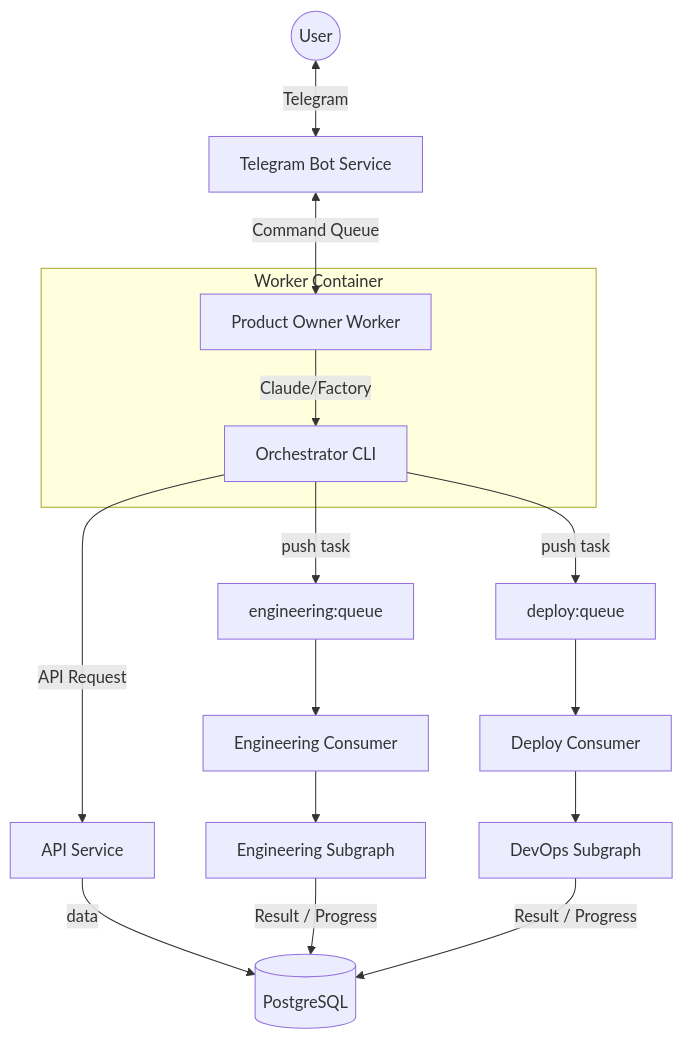
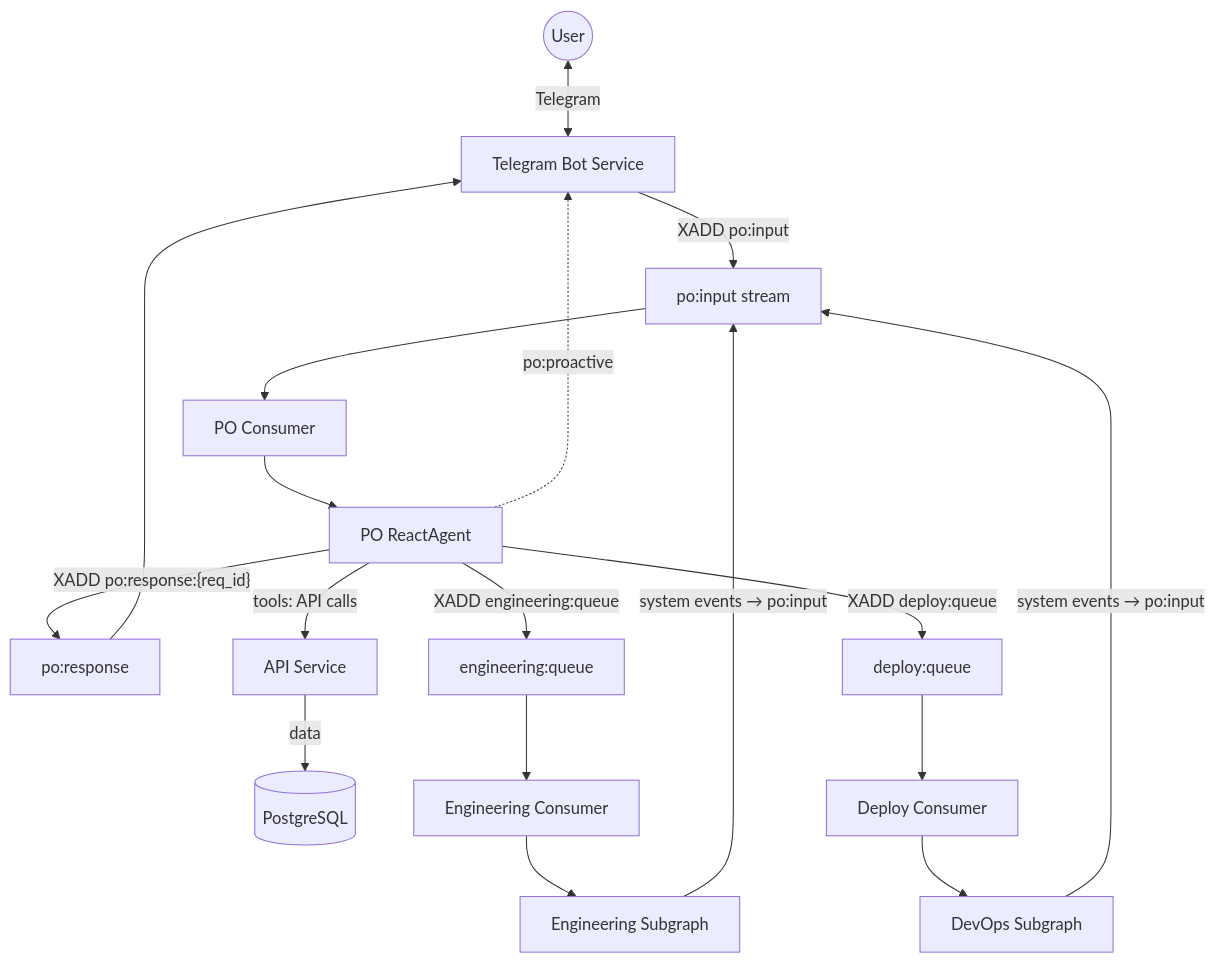
The diagram in ARCHITECTURE.md (vladmesh/codegen_orchestrator), drawn with Mermaid before and after one commit. The commit also changed other lines of this file and 27 other files, not shown here.

````diff
--- a/ARCHITECTURE.md
+++ b/ARCHITECTURE.md
@@ -50,26 +44,26 @@
 ```mermaid
 graph TD
     User((User)) <--> |Telegram| Bot[Telegram Bot Service]
-    Bot <--> |Command Queue| PO[Product Owner Worker]
-    
-    subgraph "Worker Container"
-        PO -- "Claude/Factory" --> CLI[Orchestrator CLI]
-    end
-    
-    CLI --> |API Request| API[API Service]
-    
-    CLI --> |"push task"| EngQueue[engineering:queue]
-    CLI --> |"push task"| DeployQueue[deploy:queue]
-    
+    Bot --> |"XADD po:input"| POInput[po:input stream]
+    POInput --> POConsumer[PO Consumer]
+    POConsumer --> PO[PO ReactAgent]
+    PO --> |"XADD po:response:{req_id}"| POResp[po:response]
+    POResp --> Bot
+
+    PO --> |"tools: API calls"| API[API Service]
+    PO --> |"XADD engineering:queue"| EngQueue[engineering:queue]
+    PO --> |"XADD deploy:queue"| DeployQueue[deploy:queue]
+    PO -.-> |"po:proactive"| Bot
+
     API --> |"data"| DB[(PostgreSQL)]
-    
+
     EngQueue --> EngConsumer[Engineering Consumer]
     EngConsumer --> EngGraph[Engineering Subgraph]
-    
+
     DeployQueue --> DepConsumer[Deploy Consumer]
     DepConsumer --> DepGraph[DevOps Subgraph]
 
     %% Feedback Loops
-    EngGraph --> |"Result / Progress"| DB
-    DepGraph --> |"Result / Progress"| DB
+    EngGraph --> |"system events → po:input"| POInput
+    DepGraph --> |"system events → po:input"| POInput
 ```
````
